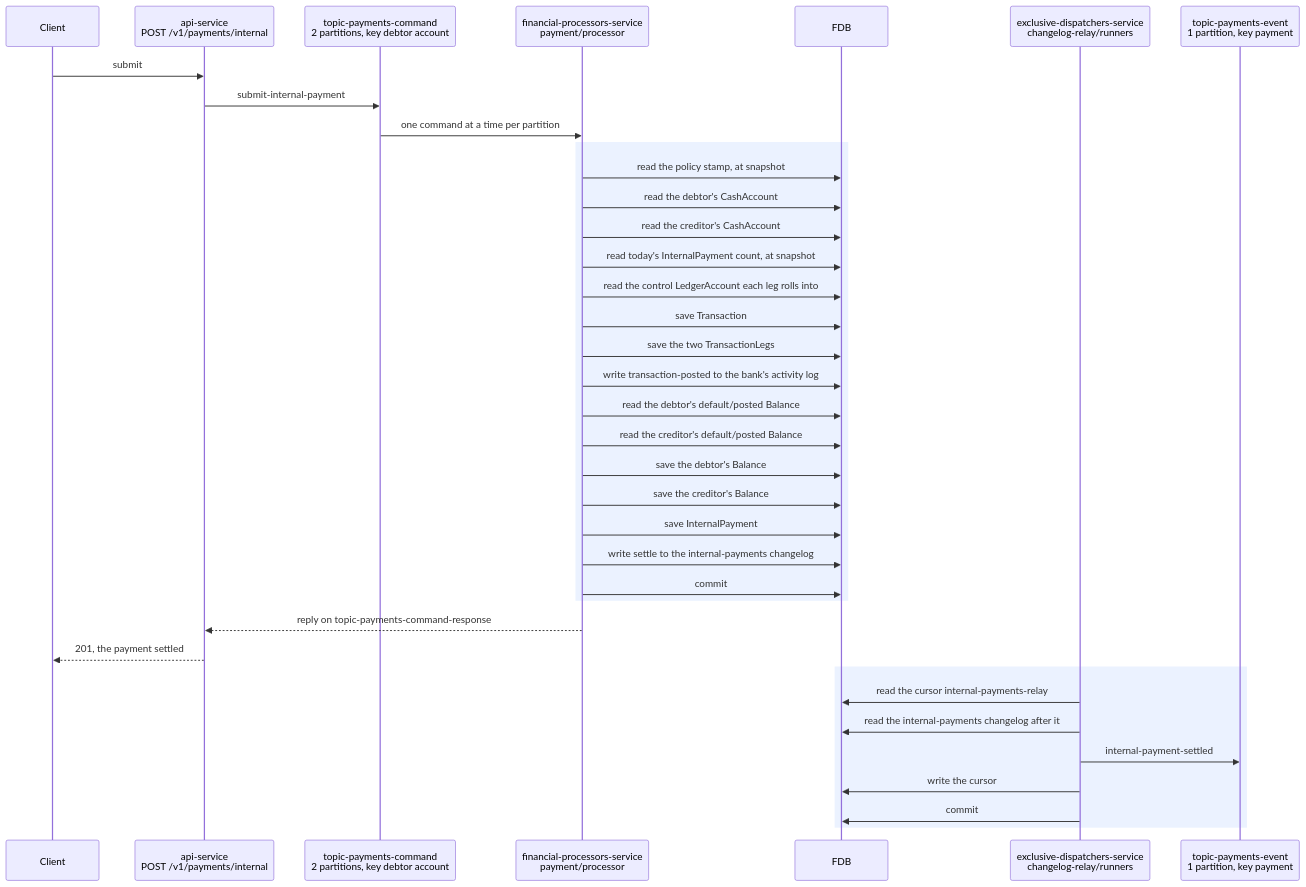
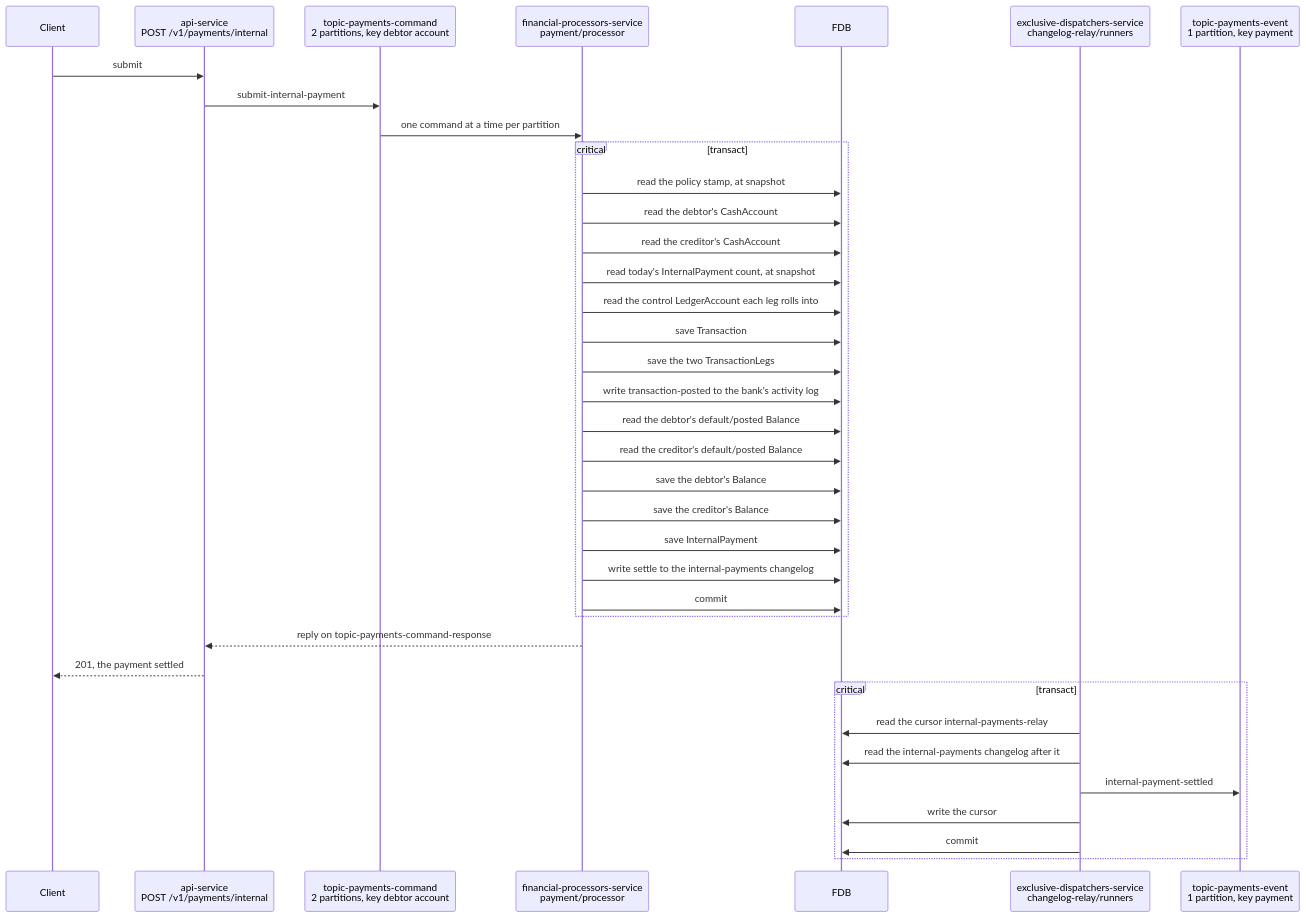
The first of 2 diagrams in docs/tdd/payments-internal.md (repldriven/queenswood), drawn with Mermaid before and after one commit. The commit also changed other lines of this file, not shown here.

````diff
--- a/docs/tdd/payments-internal.md
+++ b/docs/tdd/payments-internal.md
@@ -60,39 +60,39 @@
 ```mermaid
 sequenceDiagram
     participant C as Client
     participant API as api-service<br/>POST /v1/payments/internal
     participant PC as topic-payments-command<br/>2 partitions, key debtor account
     participant PP as financial-processors-service<br/>payment/processor
     participant DB as FDB
     participant RR as exclusive-dispatchers-service<br/>changelog-relay/runners
     participant PE as topic-payments-event<br/>1 partition, key payment
     C->>API: submit
     API->>PC: submit-internal-payment
     PC->>PP: one command at a time per partition
-    rect rgb(235, 242, 255)
+    critical transact
     PP->>DB: read the policy stamp, at snapshot
     PP->>DB: read the debtor's CashAccount
     PP->>DB: read the creditor's CashAccount
     PP->>DB: read today's InternalPayment count, at snapshot
     PP->>DB: read the control LedgerAccount each leg rolls into
     PP->>DB: save Transaction
     PP->>DB: save the two TransactionLegs
     PP->>DB: write transaction-posted to the bank's activity log
     PP->>DB: read the debtor's default/posted Balance
     PP->>DB: read the creditor's default/posted Balance
     PP->>DB: save the debtor's Balance
     PP->>DB: save the creditor's Balance
     PP->>DB: save InternalPayment
     PP->>DB: write settle to the internal-payments changelog
     PP->>DB: commit
     end
     PP-->>API: reply on topic-payments-command-response
     API-->>C: 201, the payment settled
-    rect rgb(235, 242, 255)
+    critical transact
     RR->>DB: read the cursor internal-payments-relay
     RR->>DB: read the internal-payments changelog after it
     RR->>PE: internal-payment-settled
     RR->>DB: write the cursor
     RR->>DB: commit
     end
 ```
````
